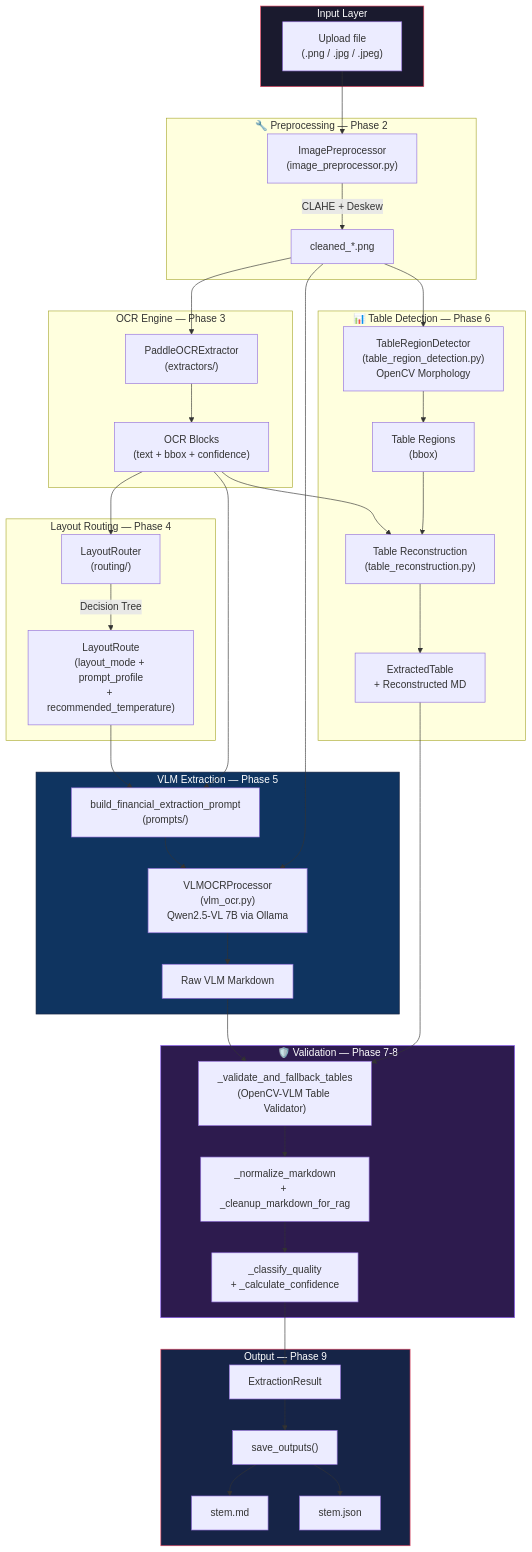
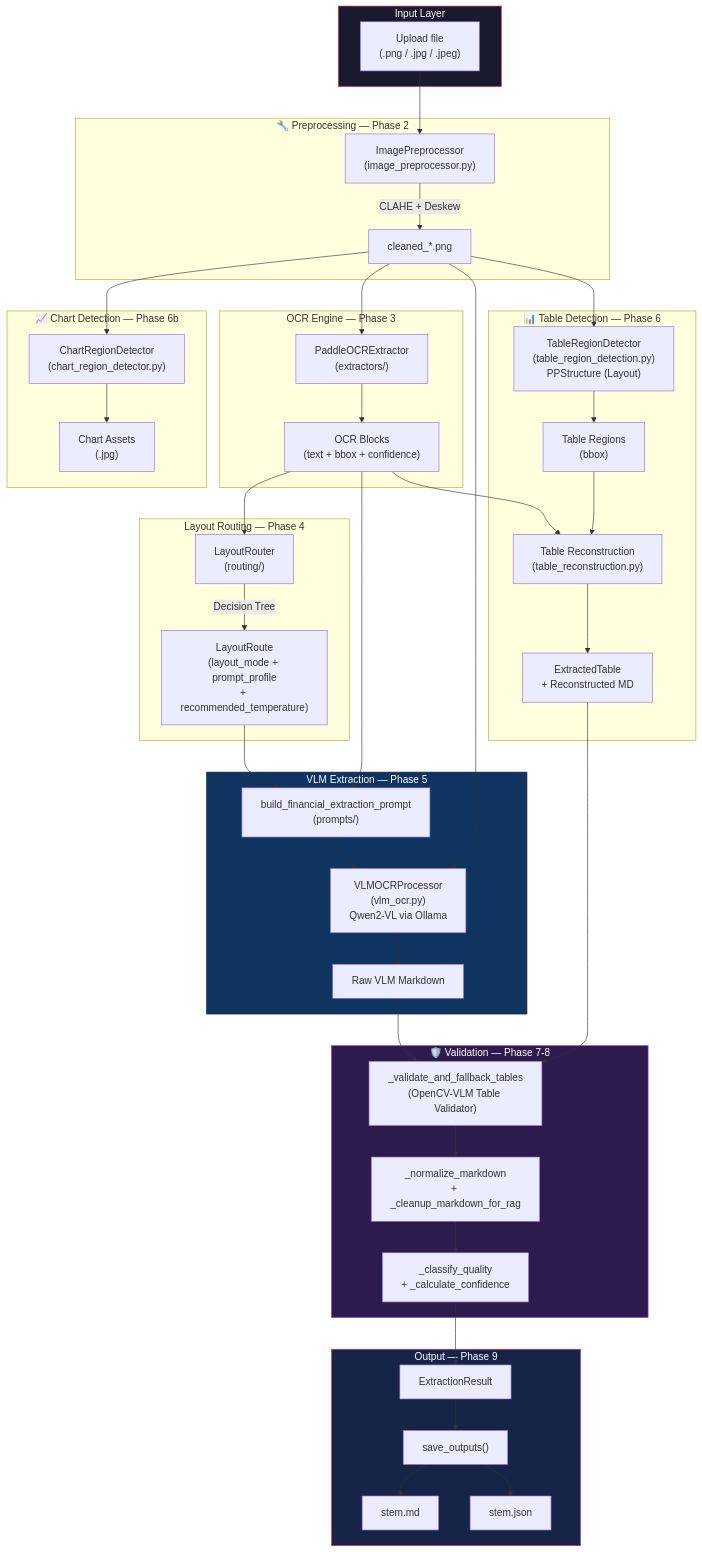
The second of 2 diagrams in src/ingestion/README.md (HoangKhang226/Doc-Anchor-AI), drawn with Mermaid before and after one commit. The commit also changed other lines of this file, not shown here.

````diff
--- a/src/ingestion/README.md
+++ b/src/ingestion/README.md
@@ -41,58 +44,63 @@
 ```mermaid
 flowchart TD
     subgraph INPUT[" Input Layer"]
         A["Upload file\n(.png / .jpg / .jpeg)"]
     end
 
     subgraph PREPROCESS["🔧 Preprocessing — Phase 2"]
         A --> D["ImagePreprocessor\n(image_preprocessor.py)"]
         D -->|"CLAHE + Deskew"| E["cleaned_*.png"]
     end
 
     subgraph OCR_ENGINE[" OCR Engine — Phase 3"]
         E --> F["PaddleOCRExtractor\n(extractors/)"]
         F --> G["OCR Blocks\n(text + bbox + confidence)"]
     end
 
     subgraph ROUTING[" Layout Routing — Phase 4"]
         G --> H["LayoutRouter\n(routing/)"]
         H -->|"Decision Tree"| I["LayoutRoute\n(layout_mode + prompt_profile\n+ recommended_temperature)"]
     end
 
     subgraph TABLE_DETECT["📊 Table Detection — Phase 6"]
-        E --> J["TableRegionDetector\n(table_region_detection.py)\nOpenCV Morphology"]
+        E --> J["TableRegionDetector\n(table_region_detection.py)\nPPStructure (Layout)"]
         J --> K["Table Regions\n(bbox)"]
         G --> L["Table Reconstruction\n(table_reconstruction.py)"]
         K --> L
         L --> M["ExtractedTable\n+ Reconstructed MD"]
     end
 
+    subgraph CHART_DETECT["📈 Chart Detection — Phase 6b"]
+        E --> U1["ChartRegionDetector\n(chart_region_detector.py)"]
+        U1 --> U2["Chart Assets\n(.jpg)"]
+    end
+
     subgraph VLM[" VLM Extraction — Phase 5"]
         I --> N["build_financial_extraction_prompt\n(prompts/)"]
         G --> N
-        N --> O["VLMOCRProcessor\n(vlm_ocr.py)\nQwen2.5-VL 7B via Ollama"]
+        N --> O["VLMOCRProcessor\n(vlm_ocr.py)\nQwen2-VL via Ollama"]
         E --> O
         O --> P["Raw VLM Markdown"]
     end
 
     subgraph VALIDATE["🛡️ Validation — Phase 7-8"]
         P --> Q["_validate_and_fallback_tables\n(OpenCV-VLM Table Validator)"]
         M --> Q
         Q --> R["_normalize_markdown\n+ _cleanup_markdown_for_rag"]
         R --> S["_classify_quality\n+ _calculate_confidence"]
     end
 
     subgraph OUTPUT[" Output — Phase 9"]
         S --> W["ExtractionResult"]
         W --> X["save_outputs()"]
         X --> Y[" stem.md"]
         X --> Z[" stem.json"]
     end
 
 
 
     style INPUT fill:#1a1a2e,stroke:#e94560,color:#fff
     style VLM fill:#0f3460,stroke:#16213e,color:#fff
     style OUTPUT fill:#162447,stroke:#e94560,color:#fff
     style VALIDATE fill:#2d1b4e,stroke:#8b5cf6,color:#fff
 ```
````
